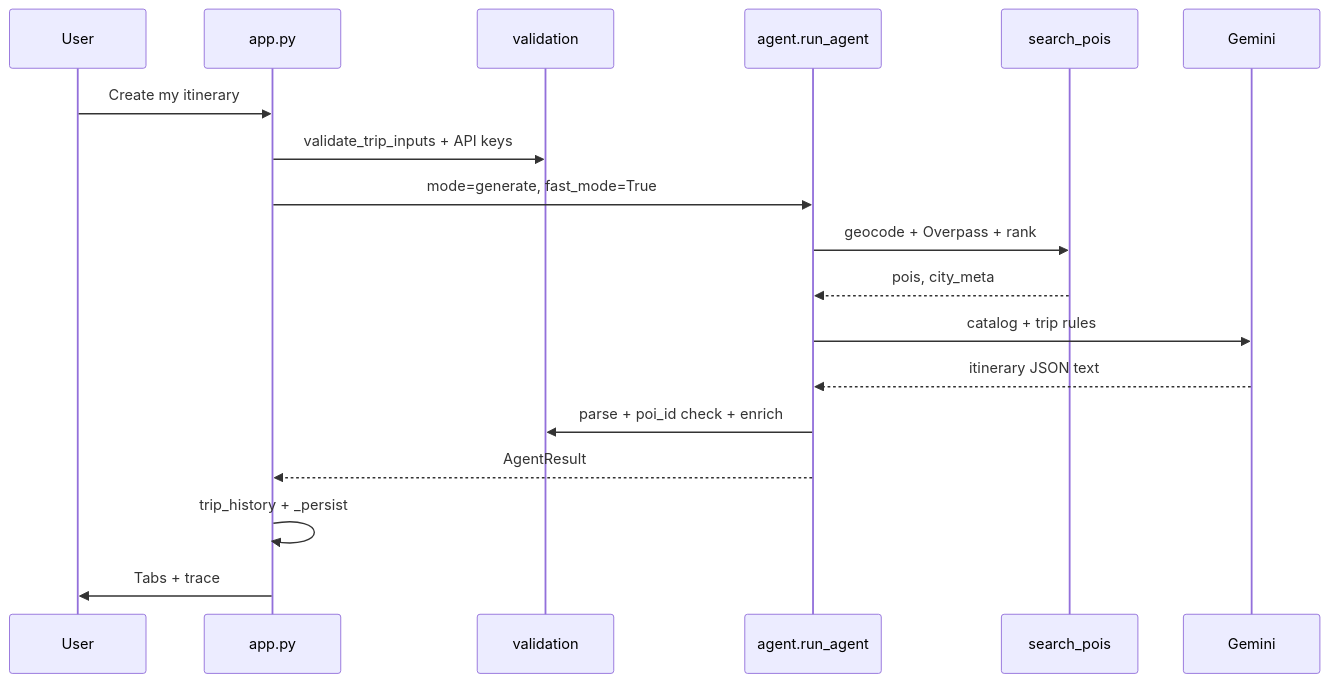
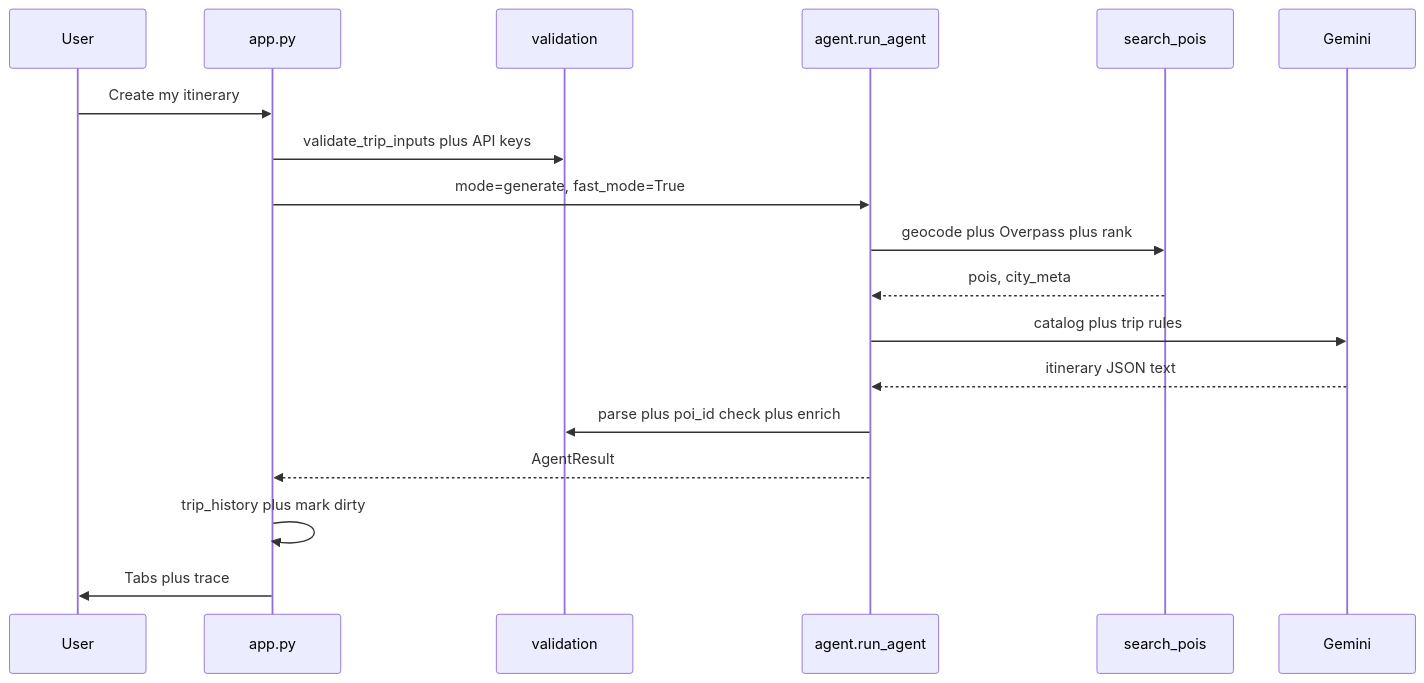
One commit to guptaastha1427/Trip-Planner changed the eighth of 19 diagrams in info.md. Above: the diagram before and after it, drawn with Mermaid. The commit also changed other lines of this file and 4 other files, not shown here.

````diff
--- a/info.md
+++ b/info.md
@@ -330,21 +331,21 @@
 ```mermaid
 sequenceDiagram
   participant U as User
   participant App as app.py
   participant Val as validation
   participant Ag as agent.run_agent
   participant POI as search_pois
   participant GM as Gemini
 
   U->>App: Create my itinerary
-  App->>Val: validate_trip_inputs + API keys
+  App->>Val: validate_trip_inputs plus API keys
   App->>Ag: mode=generate, fast_mode=True
-  Ag->>POI: geocode + Overpass + rank
+  Ag->>POI: geocode plus Overpass plus rank
   POI-->>Ag: pois, city_meta
-  Ag->>GM: catalog + trip rules
+  Ag->>GM: catalog plus trip rules
   GM-->>Ag: itinerary JSON text
-  Ag->>Val: parse + poi_id check + enrich
+  Ag->>Val: parse plus poi_id check plus enrich
   Ag-->>App: AgentResult
-  App->>App: trip_history + _persist
-  App->>U: Tabs + trace
+  App->>App: trip_history plus mark dirty
+  App->>U: Tabs plus trace
 ```
````
